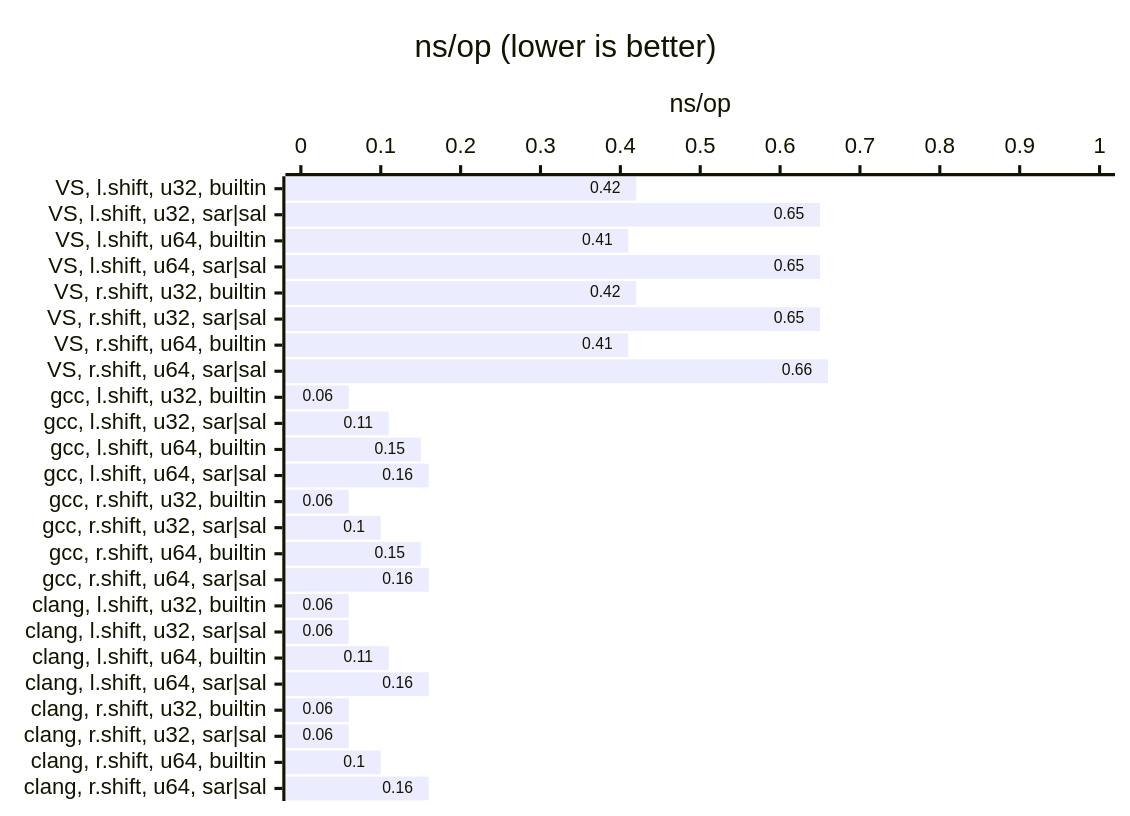
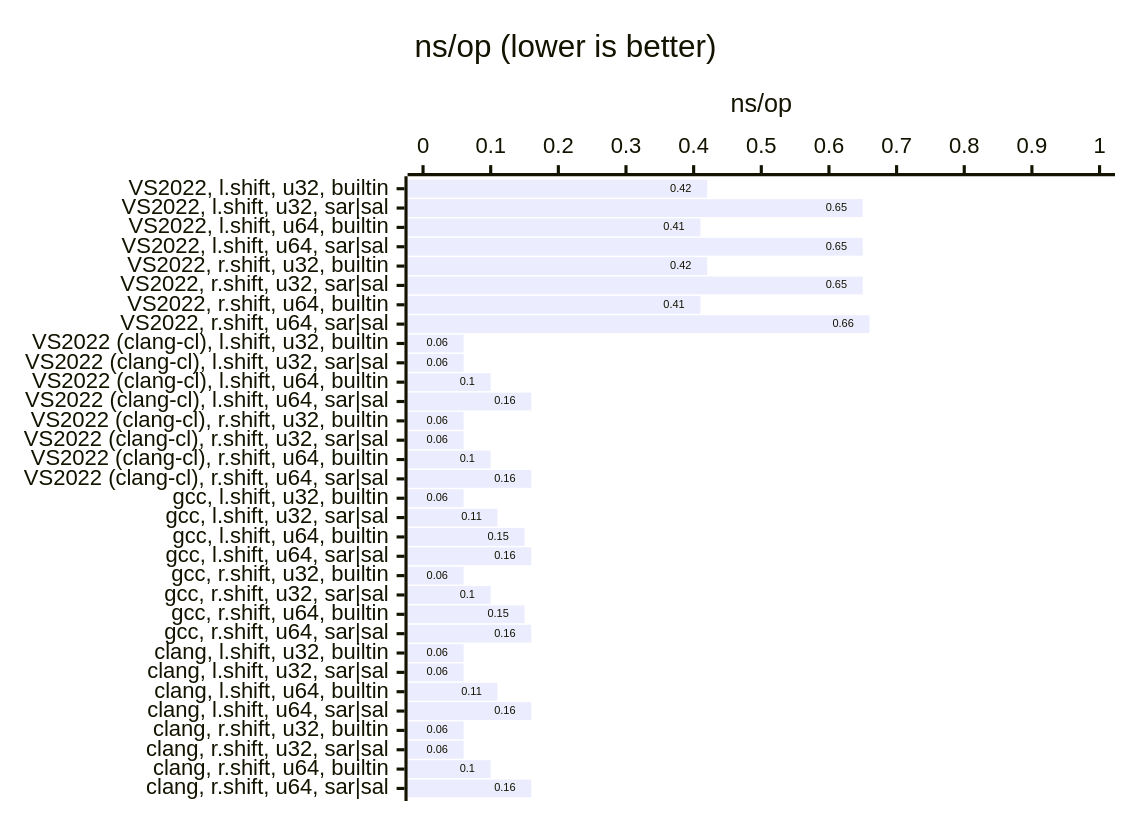
Before and after one commit to ttldtor/bits: the second of 2 diagrams in README.md, drawn with Mermaid. The commit also changed other lines of this file and 2 other files, not shown here.

Commit message:
Add `VS 2022 (clang-cl)` bench results.

````diff
--- a/README.md
+++ b/README.md
@@ -146,15 +168,15 @@
 ```mermaid
 ---
 config:
     xyChart:
         showDataLabel: true
     yAxis:
         showLabel: false
         showAxisLine: false
 ---
 xychart horizontal
     title "ns/op (lower is better)"
     y-axis "ns/op" 0 --> 1
-    x-axis ["VS, l.shift, u32, builtin", "VS, l.shift, u32, sar|sal", "VS, l.shift, u64, builtin", "VS, l.shift, u64, sar|sal", "VS, r.shift, u32, builtin", "VS, r.shift, u32, sar|sal", "VS, r.shift, u64, builtin", "VS, r.shift, u64, sar|sal", "gcc, l.shift, u32, builtin", "gcc, l.shift, u32, sar|sal", "gcc, l.shift, u64, builtin", "gcc, l.shift, u64, sar|sal", "gcc, r.shift, u32, builtin", "gcc, r.shift, u32, sar|sal", "gcc, r.shift, u64, builtin", "gcc, r.shift, u64, sar|sal", "clang, l.shift, u32, builtin", "clang, l.shift, u32, sar|sal", "clang, l.shift, u64, builtin", "clang, l.shift, u64, sar|sal", "clang, r.shift, u32, builtin", "clang, r.shift, u32, sar|sal", "clang, r.shift, u64, builtin", "clang, r.shift, u64, sar|sal"]
-    bar [0.42, 0.65, 0.41, 0.65, 0.42, 0.65, 0.41, 0.66, 0.06, 0.11, 0.15, 0.16, 0.06, 0.1, 0.15, 0.16, 0.06, 0.06, 0.11, 0.16, 0.06, 0.06, 0.1, 0.16]
+    x-axis ["VS2022, l.shift, u32, builtin", "VS2022, l.shift, u32, sar|sal", "VS2022, l.shift, u64, builtin", "VS2022, l.shift, u64, sar|sal", "VS2022, r.shift, u32, builtin", "VS2022, r.shift, u32, sar|sal", "VS2022, r.shift, u64, builtin", "VS2022, r.shift, u64, sar|sal", "VS2022 (clang-cl), l.shift, u32, builtin", "VS2022 (clang-cl), l.shift, u32, sar|sal", "VS2022 (clang-cl), l.shift, u64, builtin", "VS2022 (clang-cl), l.shift, u64, sar|sal", "VS2022 (clang-cl), r.shift, u32, builtin", "VS2022 (clang-cl), r.shift, u32, sar|sal", "VS2022 (clang-cl), r.shift, u64, builtin", "VS2022 (clang-cl), r.shift, u64, sar|sal", "gcc, l.shift, u32, builtin", "gcc, l.shift, u32, sar|sal", "gcc, l.shift, u64, builtin", "gcc, l.shift, u64, sar|sal", "gcc, r.shift, u32, builtin", "gcc, r.shift, u32, sar|sal", "gcc, r.shift, u64, builtin", "gcc, r.shift, u64, sar|sal", "clang, l.shift, u32, builtin", "clang, l.shift, u32, sar|sal", "clang, l.shift, u64, builtin", "clang, l.shift, u64, sar|sal", "clang, r.shift, u32, builtin", "clang, r.shift, u32, sar|sal", "clang, r.shift, u64, builtin", "clang, r.shift, u64, sar|sal"]
+    bar [0.42, 0.65, 0.41, 0.65, 0.42, 0.65, 0.41, 0.66, 0.06, 0.06, 0.1, 0.16, 0.06, 0.06, 0.1, 0.16, 0.06, 0.11, 0.15, 0.16, 0.06, 0.1, 0.15, 0.16, 0.06, 0.06, 0.11, 0.16, 0.06, 0.06, 0.1, 0.16]
 ```
````
